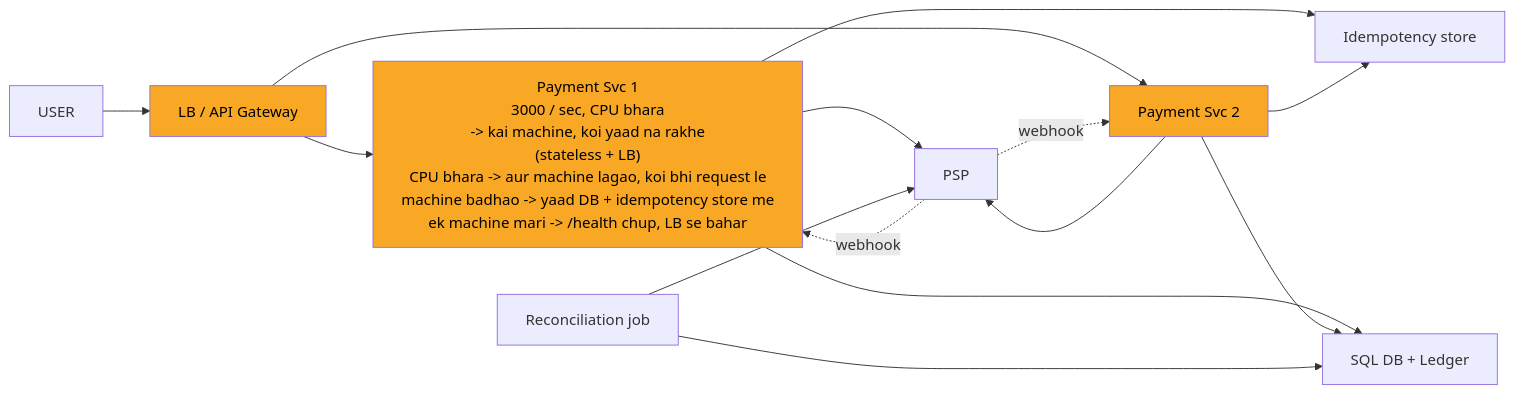
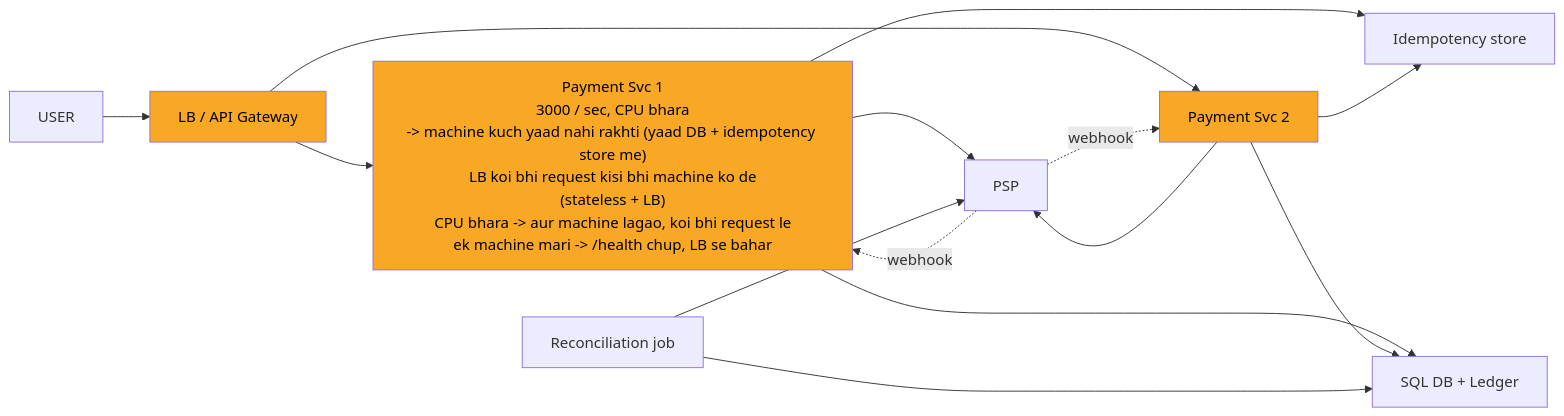
Before and after one commit to ArpanMaheshwari144/Prep: the ninth of 12 diagrams in 04_HLD/SYSTEM_DESIGNS/06_payment_system/06_payment_system.md, drawn with Mermaid. The commit also changed other lines of this file and 13 other files, not shown here.

````diff
--- a/04_HLD/SYSTEM_DESIGNS/06_payment_system/06_payment_system.md
+++ b/04_HLD/SYSTEM_DESIGNS/06_payment_system/06_payment_system.md
@@ -389,28 +388,28 @@
 ```mermaid
 %%{init: {"flowchart": {"wrappingWidth": 450}}}%%
 flowchart LR
     n_USER["USER"]
     n_LB_API_Gateway["LB / API Gateway"]
-    n_Payment_Svc_x_N_1["Payment Svc 1<br/>3000 / sec, CPU bhara<br/>-> kai machine, koi yaad na rakhe<br/>(stateless + LB)<br/>CPU bhara -> aur machine lagao, koi bhi request le<br/>machine badhao -> yaad DB + idempotency store me<br/>ek machine mari -> /health chup, LB se bahar"]
+    n_Payment_Svc_x_N_1["Payment Svc 1<br/>3000 / sec, CPU bhara<br/>-> machine kuch yaad nahi rakhti (yaad DB + idempotency store me)<br/>LB koi bhi request kisi bhi machine ko de<br/>(stateless + LB)<br/>CPU bhara -> aur machine lagao, koi bhi request le<br/>ek machine mari -> /health chup, LB se bahar"]
     n_Payment_Svc_x_N_2["Payment Svc 2"]
     n_Idempotency_store["Idempotency store"]
     n_PSP["PSP"]
     n_DB["SQL DB + Ledger"]
     n_Reconciliation_job["Reconciliation job"]
     n_USER --> n_LB_API_Gateway
     n_LB_API_Gateway --> n_Payment_Svc_x_N_1
     n_LB_API_Gateway --> n_Payment_Svc_x_N_2
     n_Payment_Svc_x_N_1 --> n_Idempotency_store
     n_Payment_Svc_x_N_2 --> n_Idempotency_store
     n_Payment_Svc_x_N_1 --> n_PSP
     n_Payment_Svc_x_N_2 --> n_PSP
     n_Payment_Svc_x_N_1 --> n_DB
     n_Payment_Svc_x_N_2 --> n_DB
     n_Reconciliation_job --> n_DB
     n_Reconciliation_job --> n_PSP
     n_PSP -.->|webhook| n_Payment_Svc_x_N_1
     n_PSP -.->|webhook| n_Payment_Svc_x_N_2
     style n_LB_API_Gateway fill:#f9a825,color:#000
     style n_Payment_Svc_x_N_1 fill:#f9a825,color:#000
     style n_Payment_Svc_x_N_2 fill:#f9a825,color:#000
 ```
````
